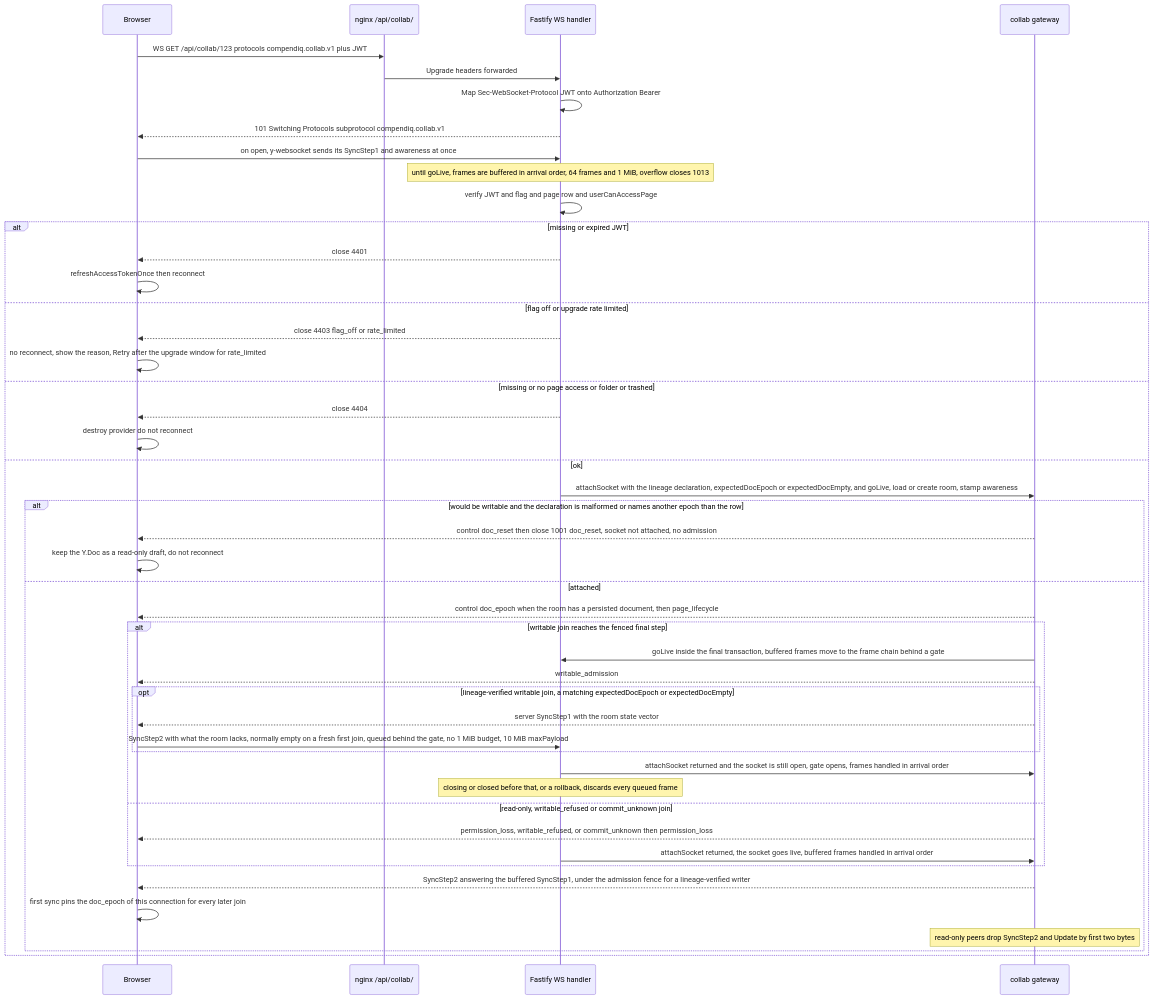
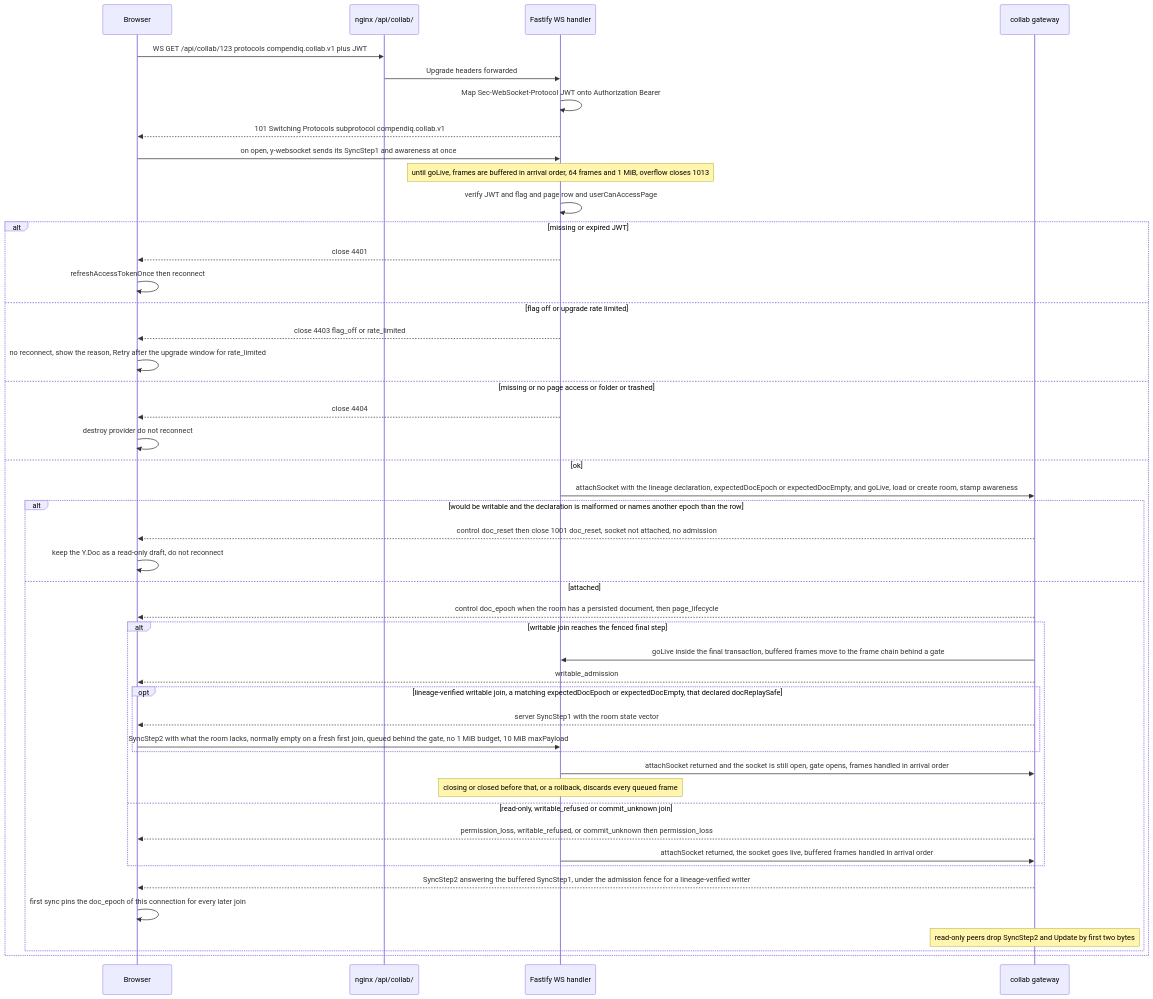
The second of 3 diagrams in docs/architecture/12-realtime-collaboration.md (Compendiq/compendiq-ce), drawn with Mermaid before and after one commit. The commit also changed other lines of this file and 12 other files, not shown here.

First line of the commit message:
fix(collab): ask only replay-safe clients for what the room lacks (docReplaySafe) (#1928)

````diff
--- a/docs/architecture/12-realtime-collaboration.md
+++ b/docs/architecture/12-realtime-collaboration.md
@@ -90,49 +90,49 @@
 ```mermaid
 sequenceDiagram
     participant B as Browser
     participant N as nginx /api/collab/
     participant F as Fastify WS handler
     participant G as collab gateway
 
     B->>N: WS GET /api/collab/123 protocols compendiq.collab.v1 plus JWT
     N->>F: Upgrade headers forwarded
     F->>F: Map Sec-WebSocket-Protocol JWT onto Authorization Bearer
     F-->>B: 101 Switching Protocols subprotocol compendiq.collab.v1
     B->>F: on open, y-websocket sends its SyncStep1 and awareness at once
     Note over F: until goLive, frames are buffered in arrival order, 64 frames and 1 MiB, overflow closes 1013
     F->>F: verify JWT and flag and page row and userCanAccessPage
     alt missing or expired JWT
         F-->>B: close 4401
         B->>B: refreshAccessTokenOnce then reconnect
     else flag off or upgrade rate limited
         F-->>B: close 4403 flag_off or rate_limited
         B->>B: no reconnect, show the reason, Retry after the upgrade window for rate_limited
     else missing or no page access or folder or trashed
         F-->>B: close 4404
         B->>B: destroy provider do not reconnect
     else ok
         F->>G: attachSocket with the lineage declaration, expectedDocEpoch or expectedDocEmpty, and goLive, load or create room, stamp awareness
         alt would be writable and the declaration is malformed or names another epoch than the row
             G-->>B: control doc_reset then close 1001 doc_reset, socket not attached, no admission
             B->>B: keep the Y.Doc as a read-only draft, do not reconnect
         else attached
             G-->>B: control doc_epoch when the room has a persisted document, then page_lifecycle
             alt writable join reaches the fenced final step
                 G->>F: goLive inside the final transaction, buffered frames move to the frame chain behind a gate
                 G-->>B: writable_admission
-                opt lineage-verified writable join, a matching expectedDocEpoch or expectedDocEmpty
+                opt lineage-verified writable join, a matching expectedDocEpoch or expectedDocEmpty, that declared docReplaySafe
                     G-->>B: server SyncStep1 with the room state vector
                     B->>F: SyncStep2 with what the room lacks, normally empty on a fresh first join, queued behind the gate, no 1 MiB budget, 10 MiB maxPayload
                 end
                 F->>G: attachSocket returned and the socket is still open, gate opens, frames handled in arrival order
                 Note over F: closing or closed before that, or a rollback, discards every queued frame
             else read-only, writable_refused or commit_unknown join
                 G-->>B: permission_loss, writable_refused, or commit_unknown then permission_loss
                 F->>G: attachSocket returned, the socket goes live, buffered frames handled in arrival order
             end
             G-->>B: SyncStep2 answering the buffered SyncStep1, under the admission fence for a lineage-verified writer
             B->>B: first sync pins the doc_epoch of this connection for every later join
             Note over G: read-only peers drop SyncStep2 and Update by first two bytes
         end
     end
 ```
````
